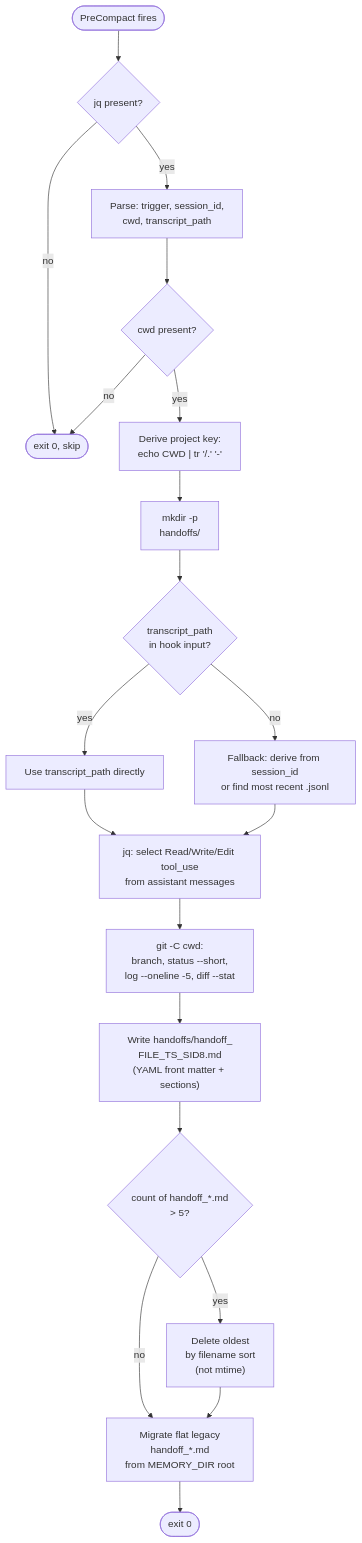
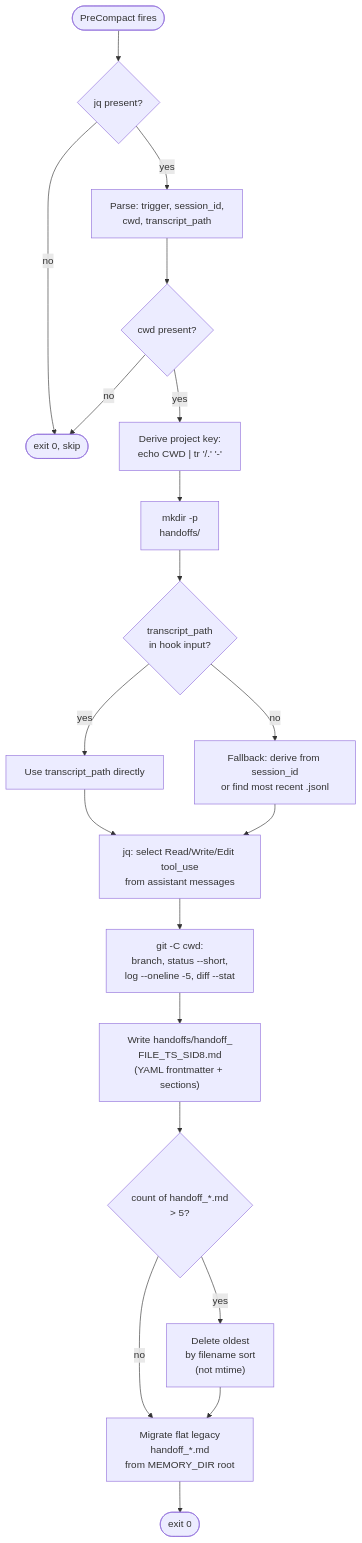
Before and after one commit to datasci-iopsy/anaiis-dotfiles: the fourth of 9 diagrams in reports/memory-workflow.qmd, drawn with Mermaid. The commit also changed other lines of this file, not shown here.

````diff
--- a/reports/memory-workflow.qmd
+++ b/reports/memory-workflow.qmd
@@ -147,22 +149,22 @@
 ```{mermaid}
 flowchart TD
     A([PreCompact fires]) --> B{jq present?}
     B -->|no| Z([exit 0, skip])
     B -->|yes| C[Parse: trigger, session_id,\ncwd, transcript_path]
     C --> D{cwd present?}
     D -->|no| Z
     D -->|yes| E["Derive project key:\necho CWD | tr '/.' '-'"]
     E --> F["mkdir -p\nhandoffs/"]
     F --> G{transcript_path\nin hook input?}
     G -->|yes| H[Use transcript_path directly]
     G -->|no| I["Fallback: derive from session_id\nor find most recent .jsonl"]
     H --> J["jq: select Read/Write/Edit tool_use\nfrom assistant messages"]
     I --> J
     J --> K["git -C cwd:\nbranch, status --short,\nlog --oneline -5, diff --stat"]
-    K --> L["Write handoffs/handoff_\nFILE_TS_SID8.md\n(YAML front matter + sections)"]
+    K --> L["Write handoffs/handoff_\nFILE_TS_SID8.md\n(YAML frontmatter + sections)"]
     L --> M{"count of handoff_*.md\n> 5?"}
     M -->|yes| N["Delete oldest\nby filename sort\n(not mtime)"]
     M -->|no| O
     N --> O["Migrate flat legacy\nhandoff_*.md\nfrom MEMORY_DIR root"]
     O --> P([exit 0])
 ```
````
